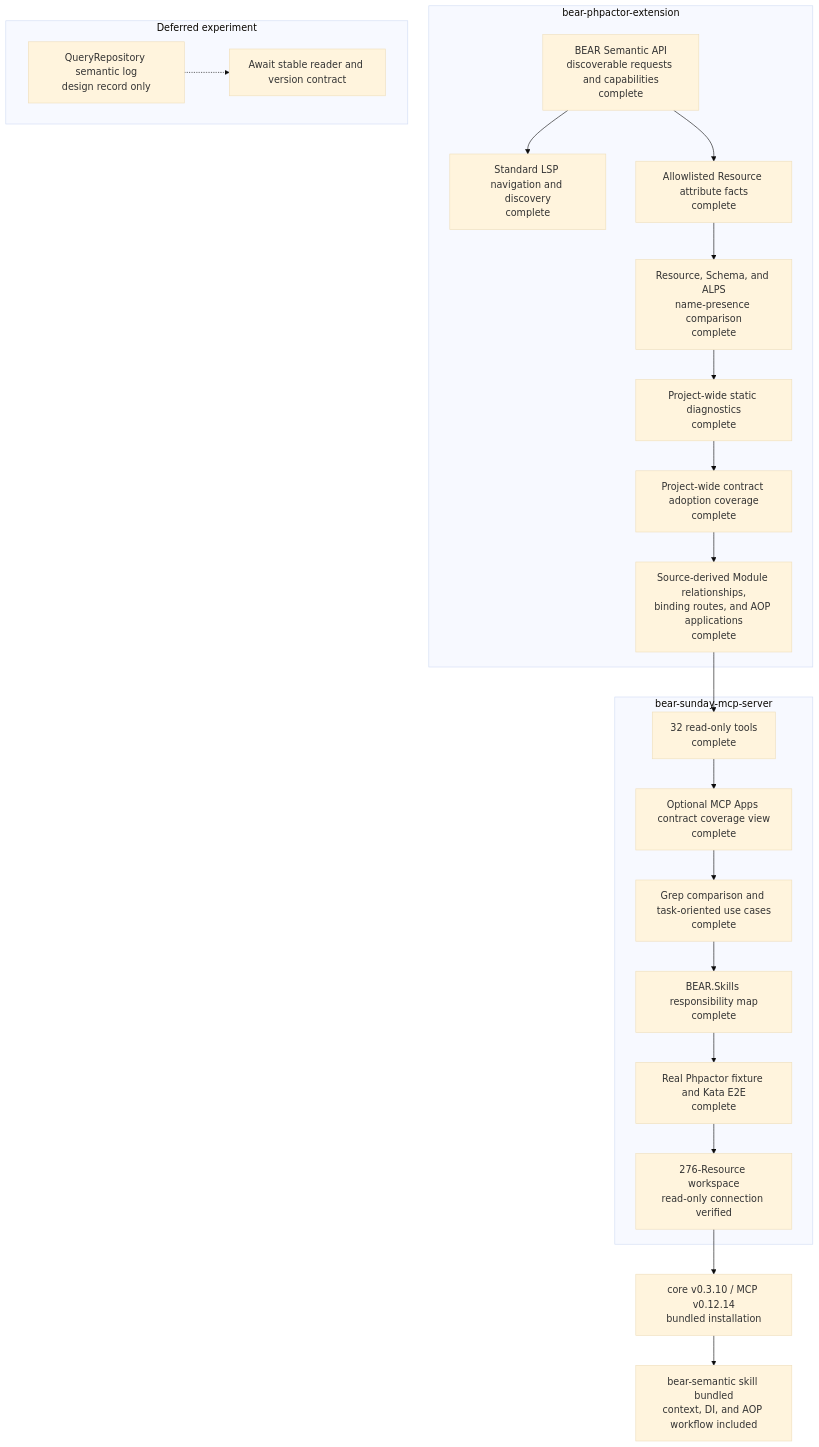
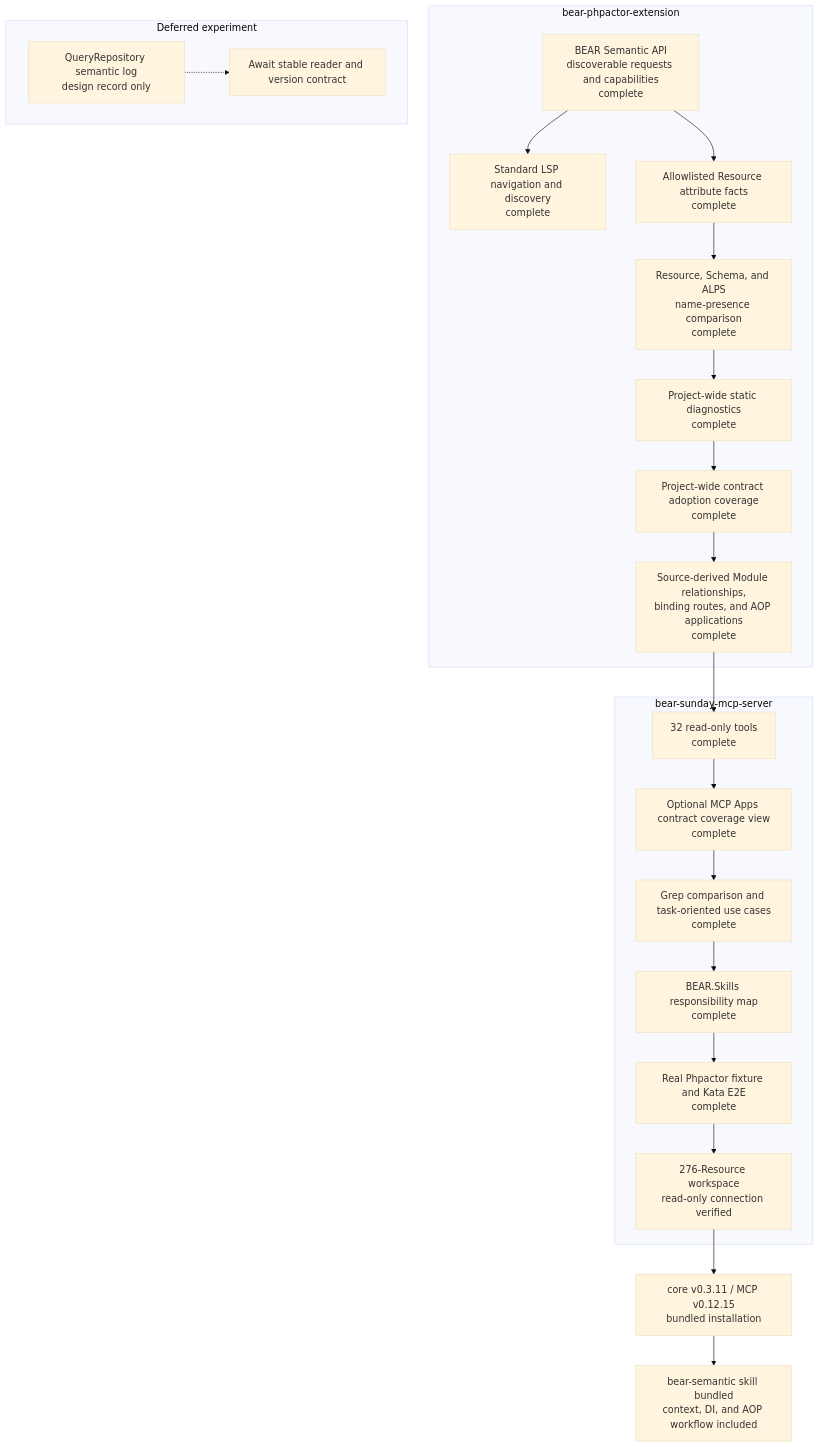
The diagram in docs/project-status.md (suzumaze/bear-sunday-mcp-server), drawn with Mermaid (base theme) before and after one commit. The commit also changed other lines of this file and 7 other files, not shown here.

````diff
--- a/docs/project-status.md
+++ b/docs/project-status.md
@@ -9,35 +9,35 @@
 ```mermaid
 flowchart TB
     subgraph Core["bear-phpactor-extension"]
         C1["BEAR Semantic API<br/>discoverable requests and capabilities<br/>complete"]
         C2["Standard LSP navigation and discovery<br/>complete"]
         C3["Allowlisted Resource attribute facts<br/>complete"]
         C4["Resource, Schema, and ALPS<br/>name-presence comparison<br/>complete"]
         C5["Project-wide static diagnostics<br/>complete"]
         C6["Project-wide contract adoption coverage<br/>complete"]
         C7["Source-derived Module relationships,<br/>binding routes, and AOP applications<br/>complete"]
         C1 --> C2
         C1 --> C3 --> C4 --> C5 --> C6 --> C7
     end
 
     subgraph MCP["bear-sunday-mcp-server"]
         M1["32 read-only tools<br/>complete"]
         M0["Optional MCP Apps contract coverage view<br/>complete"]
         M2["Grep comparison and task-oriented use cases<br/>complete"]
         M3["BEAR.Skills responsibility map<br/>complete"]
         M4["Real Phpactor fixture and Kata E2E<br/>complete"]
         M5["276-Resource workspace<br/>read-only connection verified"]
         M1 --> M0 --> M2 --> M3 --> M4 --> M5
     end
 
     C7 --> M1
 
     subgraph Deferred["Deferred experiment"]
         D1["QueryRepository semantic log<br/>design record only"]
         D2["Await stable reader and version contract"]
         D1 -.-> D2
     end
 
-    M5 --> R1["core v0.3.10 / MCP v0.12.14<br/>bundled installation"]
+    M5 --> R1["core v0.3.11 / MCP v0.12.15<br/>bundled installation"]
     R1 --> S1["bear-semantic skill bundled<br/>context, DI, and AOP workflow included"]
 ```
````
